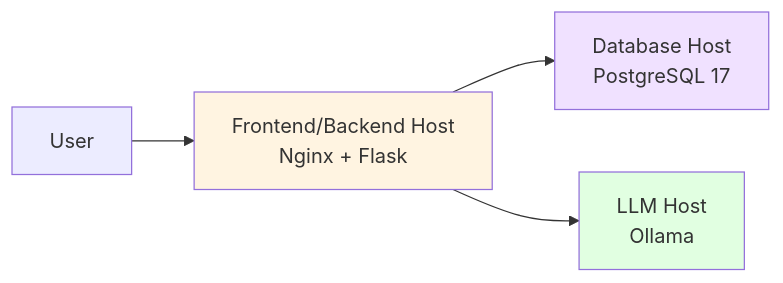
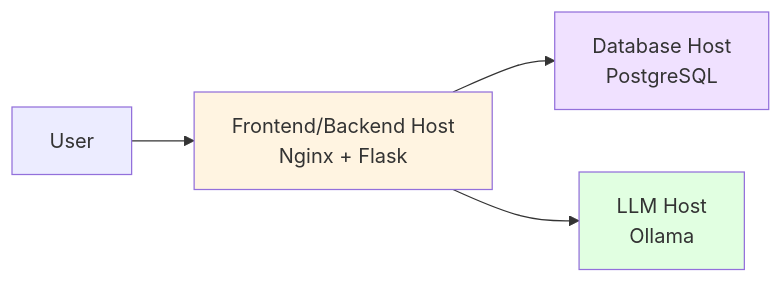
One commit to sarahsl-prog/DB_Security_Testing changed the diagram in LabDocumentation/docs/index.md. Above: the diagram before and after it, drawn with Mermaid. The commit also changed other lines of this file and 49 other files, not shown here.

````diff
--- a/LabDocumentation/docs/index.md
+++ b/LabDocumentation/docs/index.md
@@ -28,10 +28,10 @@
 ```mermaid
 graph LR
     A[User] --> B[Frontend/Backend Host<br/>Nginx + Flask]
-    B --> C[Database Host<br/>PostgreSQL 17]
+    B --> C[Database Host<br/>PostgreSQL]
     B --> D[LLM Host<br/>Ollama]
-    
+
     style B fill:#fff4e1
     style C fill:#f0e1ff
     style D fill:#e1ffe1
 ```
````
